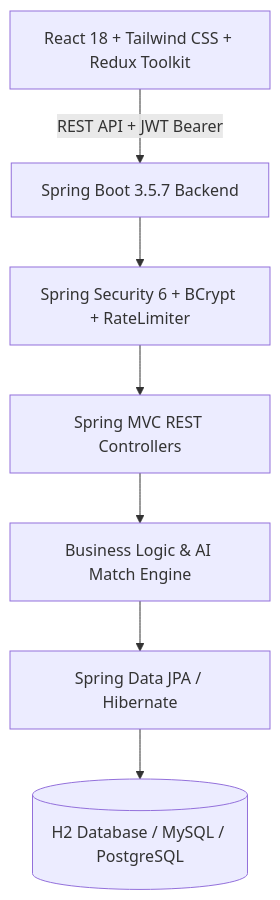
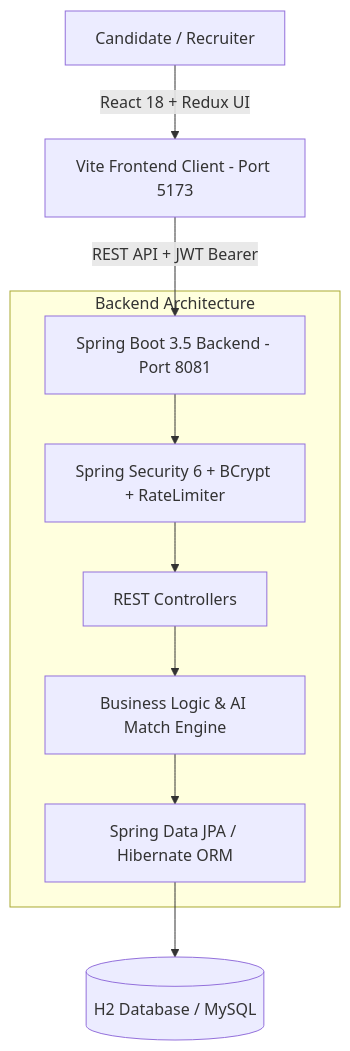
Before and after one commit to 123angmish/hire-via-job-portal: the diagram in README.md, drawn with Mermaid. The commit also changed other lines of this file, not shown here.

````diff
--- a/README.md
+++ b/README.md
@@ -61,9 +92,14 @@
 ```mermaid
 graph TD
-    Client[React 18 + Tailwind CSS + Redux Toolkit] -->|REST API + JWT Bearer| Gateway[Spring Boot 3.5.7 Backend]
-    Gateway --> Security[Spring Security 6 + BCrypt + RateLimiter]
-    Security --> Controllers[Spring MVC REST Controllers]
-    Controllers --> Services[Business Logic & AI Match Engine]
-    Services --> JPA[Spring Data JPA / Hibernate]
-    JPA --> DB[(H2 Database / MySQL / PostgreSQL)]
+    User[Candidate / Recruiter] -->|React 18 + Redux UI| Frontend[Vite Frontend Client - Port 5173]
+    Frontend -->|REST API + JWT Bearer| Gateway[Spring Boot 3.5 Backend - Port 8081]
+    
+    subgraph Backend Architecture
+        Gateway --> Security[Spring Security 6 + BCrypt + RateLimiter]
+        Security --> Controllers[REST Controllers]
+        Controllers --> Services[Business Logic & AI Match Engine]
+        Services --> JPA[Spring Data JPA / Hibernate ORM]
+    end
+
+    JPA --> DB[(H2 Database / MySQL)]
 ```
````
